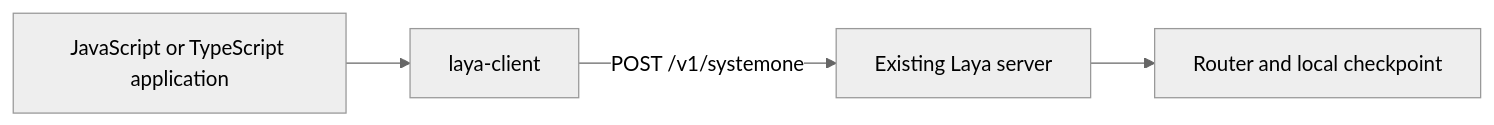
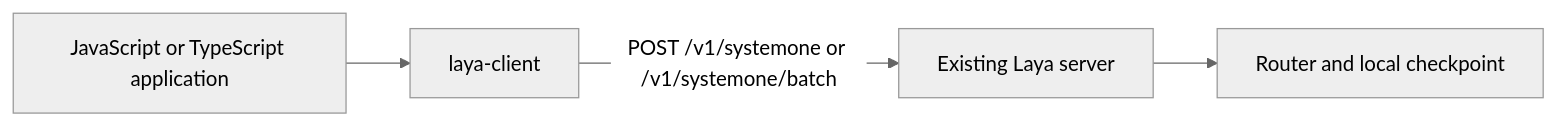
One commit to NandhaKishorM/laya changed the diagram in docs/typescript-sdk.md. Above: the diagram before and after it, drawn with Mermaid (neutral theme). The commit also changed other lines of this file and 9 other files, not shown here.

````diff
--- a/docs/typescript-sdk.md
+++ b/docs/typescript-sdk.md
@@ -18,6 +18,6 @@
 ```mermaid
 flowchart LR
     A[JavaScript or TypeScript application] --> B[laya-client]
-    B -->|POST /v1/systemone| C[Existing Laya server]
+    B -->|POST /v1/systemone or /v1/systemone/batch| C[Existing Laya server]
     C --> E[Router and local checkpoint]
 ```
````
